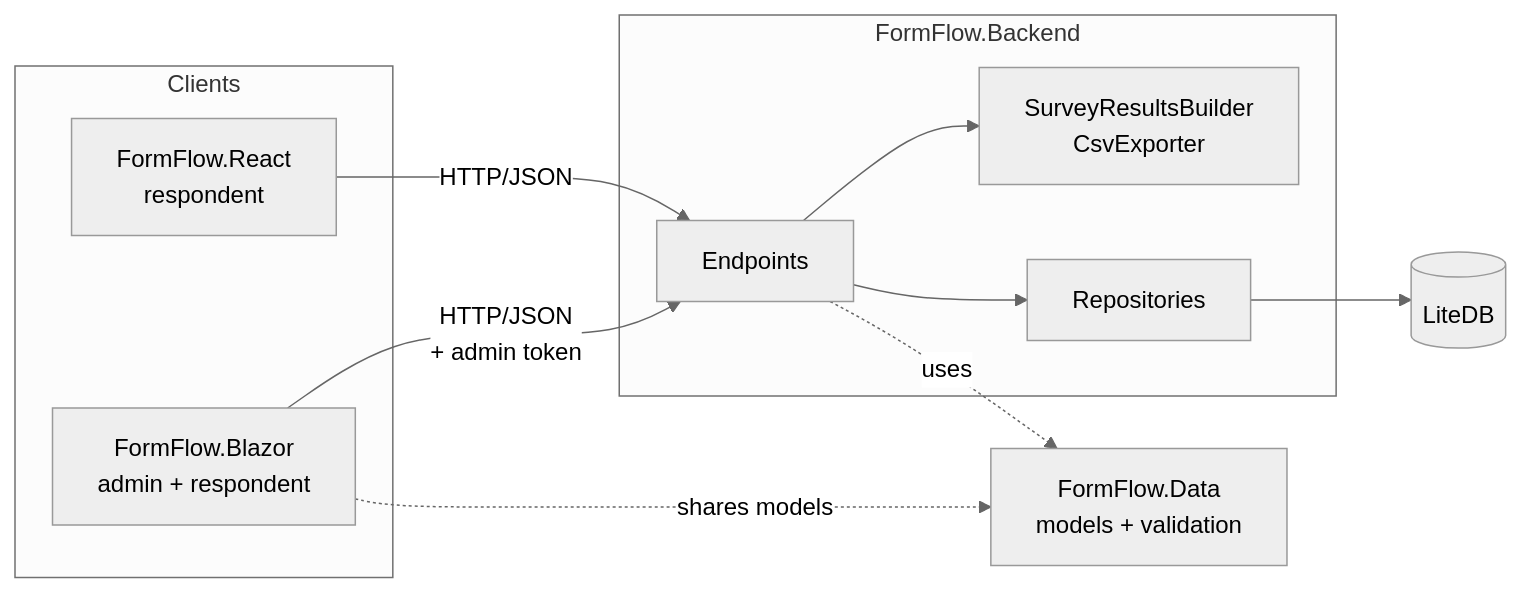
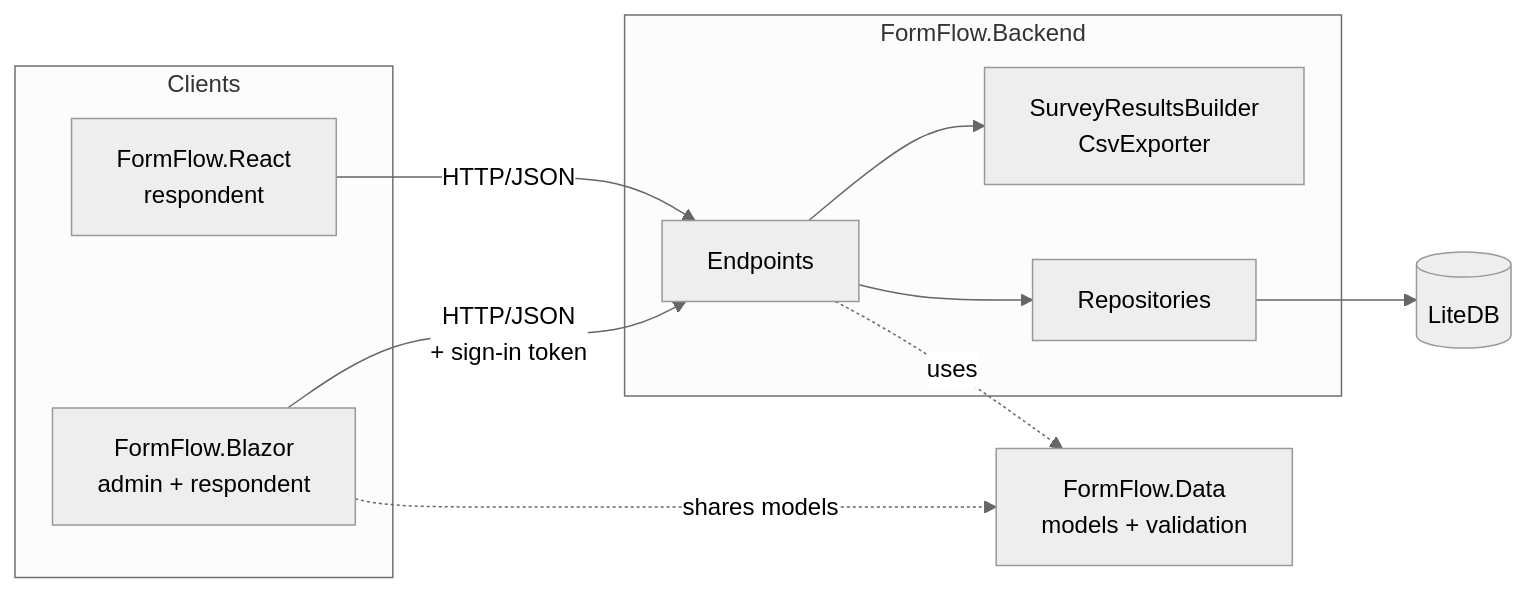
One commit to Gameyplum303/form-flow changed the diagram in docs/architecture.md. Above: the diagram before and after it, drawn with Mermaid (neutral theme). The commit also changed other lines of this file and 41 other files, not shown here.

````diff
--- a/docs/architecture.md
+++ b/docs/architecture.md
@@ -5,21 +5,21 @@
 ```mermaid
 flowchart LR
     subgraph Clients
         B["FormFlow.Blazor<br/>admin + respondent"]
         R["FormFlow.React<br/>respondent"]
     end
     subgraph API["FormFlow.Backend"]
         E["Endpoints"]
         S["SurveyResultsBuilder<br/>CsvExporter"]
         Repo["Repositories"]
     end
     D["FormFlow.Data<br/>models + validation"]
     DB[("LiteDB")]
 
-    B -- "HTTP/JSON<br/>+ admin token" --> E
+    B -- "HTTP/JSON<br/>+ sign-in token" --> E
     R -- "HTTP/JSON" --> E
     E --> S
     E --> Repo --> DB
     E -. uses .-> D
     B -. shares models .-> D
 ```
````
